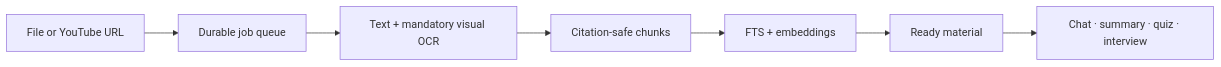
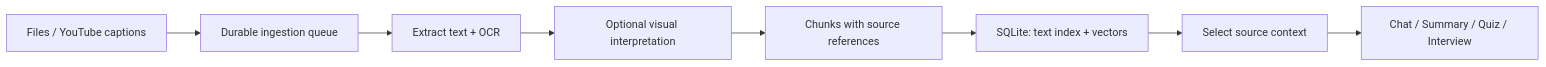
The diagram in README.md (ZigzagDeck/LearnflowAI), drawn with Mermaid before and after one commit. The commit also changed other lines of this file, not shown here.

````diff
--- a/README.md
+++ b/README.md
@@ -35,9 +35,10 @@
 ```mermaid
 flowchart LR
-    Source[File or YouTube URL] --> Queue[Durable job queue]
-    Queue --> Extract[Text + mandatory visual OCR]
-    Extract --> Chunk[Citation-safe chunks]
-    Chunk --> Index[FTS + embeddings]
-    Index --> Ready[Ready material]
-    Ready --> Learn[Chat · summary · quiz · interview]
+    A[Files / YouTube captions] --> B[Durable ingestion queue]
+    B --> C[Extract text + OCR]
+    C --> D[Optional visual interpretation]
+    D --> E[Chunks with source references]
+    E --> F[SQLite: text index + vectors]
+    F --> G[Select source context]
+    G --> H[Chat / Summary / Quiz / Interview]
 ```
````
